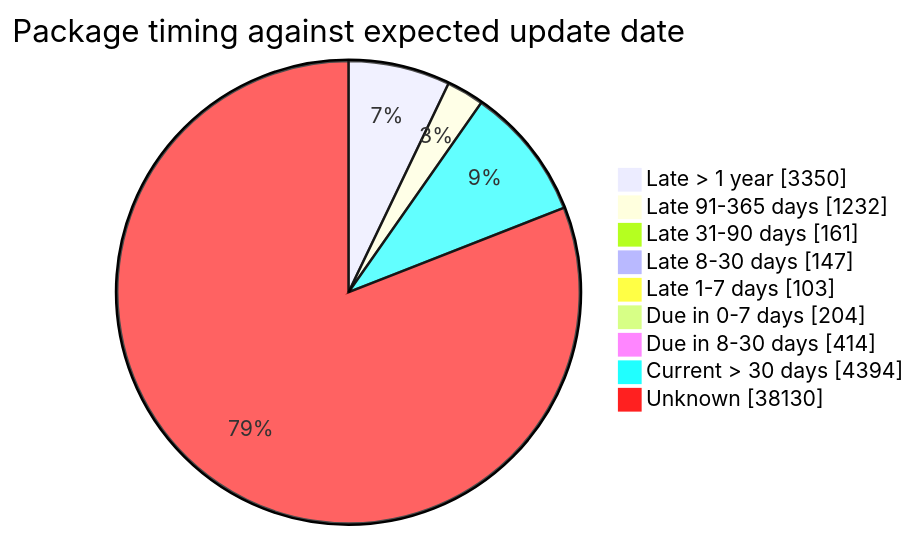
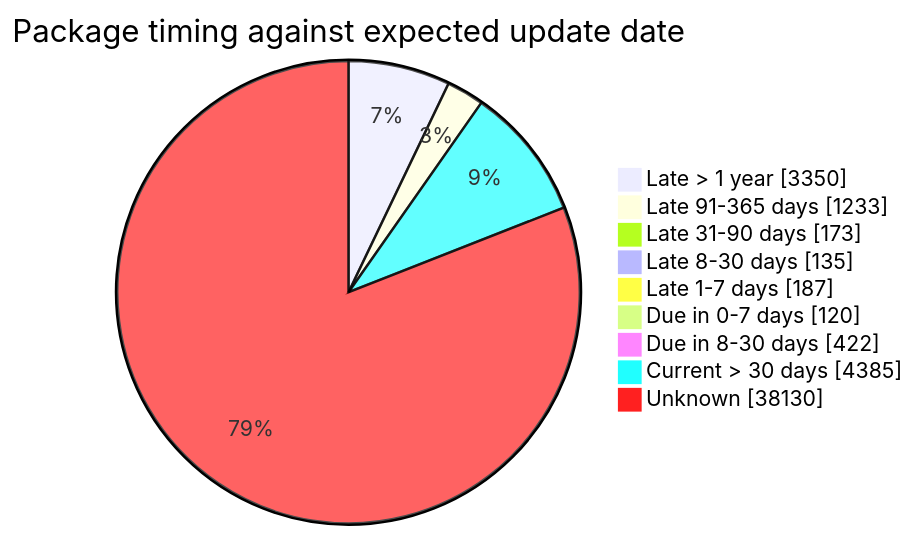
Before and after one commit to open-data/analytics-corporate-reporting: the fourth of 5 diagrams in FreshCheck/README.md, drawn with Mermaid. The commit also changed other lines of this file and 3 other files, not shown here.

````diff
--- a/FreshCheck/README.md
+++ b/FreshCheck/README.md
@@ -86,12 +86,12 @@
 ```mermaid
 pie showData title Package timing against expected update date
     "Late > 1 year": 3350
-    "Late 91-365 days": 1232
-    "Late 31-90 days": 161
-    "Late 8-30 days": 147
-    "Late 1-7 days": 103
-    "Due in 0-7 days": 204
-    "Due in 8-30 days": 414
-    "Current > 30 days": 4394
+    "Late 91-365 days": 1233
+    "Late 31-90 days": 173
+    "Late 8-30 days": 135
+    "Late 1-7 days": 187
+    "Due in 0-7 days": 120
+    "Due in 8-30 days": 422
+    "Current > 30 days": 4385
     "Unknown": 38130
 ```
````
